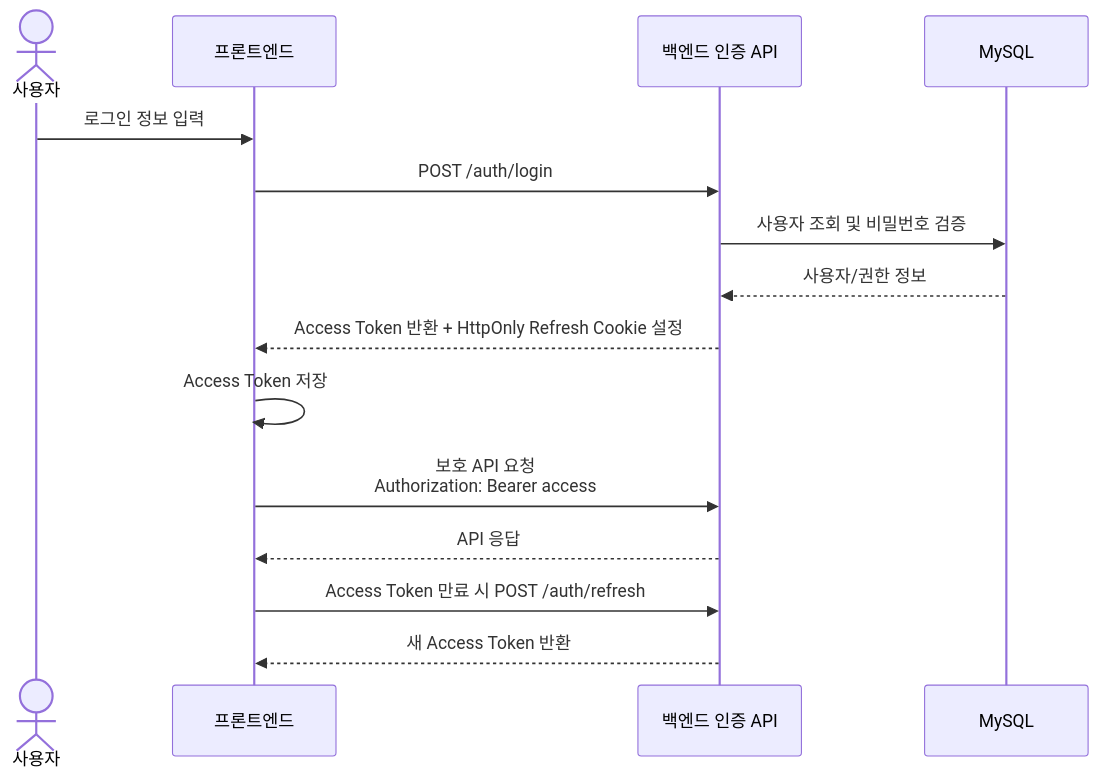
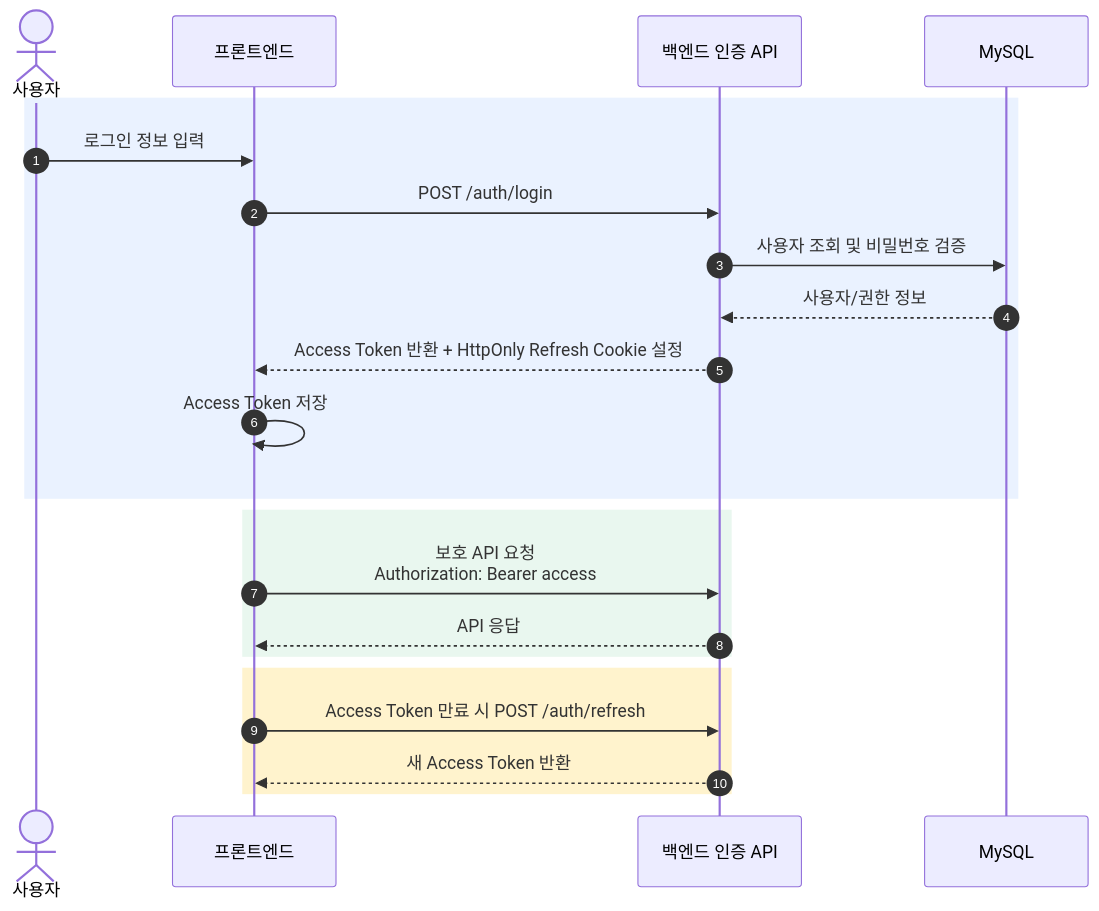
The seventh of 7 diagrams in docs/architecture-draft.md (sssat/graduation-project), drawn with Mermaid before and after one commit. The commit also changed other lines of this file, not shown here.

````diff
--- a/docs/architecture-draft.md
+++ b/docs/architecture-draft.md
@@ -226,20 +323,27 @@
 ```mermaid
 sequenceDiagram
+  autonumber
   actor U as 사용자
   participant F as 프론트엔드
   participant B as 백엔드 인증 API
   participant D as MySQL
 
+  rect rgb(234, 242, 255)
   U->>F: 로그인 정보 입력
   F->>B: POST /auth/login
   B->>D: 사용자 조회 및 비밀번호 검증
   D-->>B: 사용자/권한 정보
   B-->>F: Access Token 반환 + HttpOnly Refresh Cookie 설정
   F->>F: Access Token 저장
+  end
 
+  rect rgb(233, 247, 239)
   F->>B: 보호 API 요청<br/>Authorization: Bearer access
   B-->>F: API 응답
+  end
 
+  rect rgb(255, 243, 205)
   F->>B: Access Token 만료 시 POST /auth/refresh
   B-->>F: 새 Access Token 반환
+  end
 ```
````
